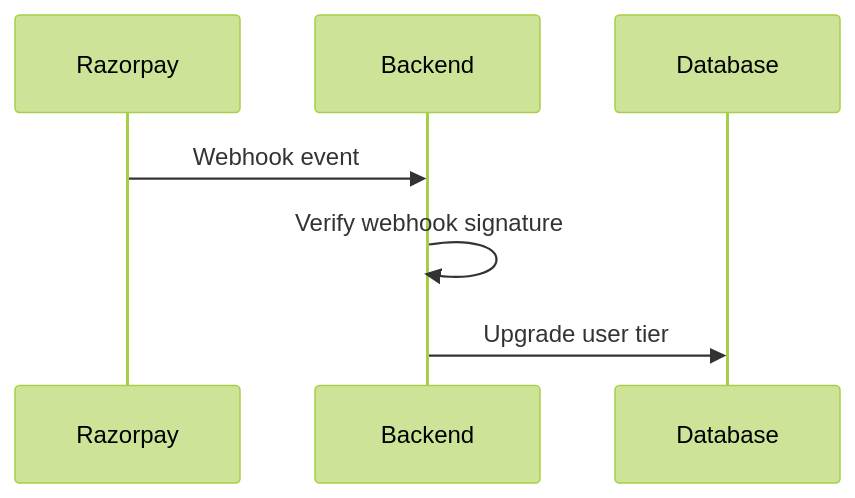
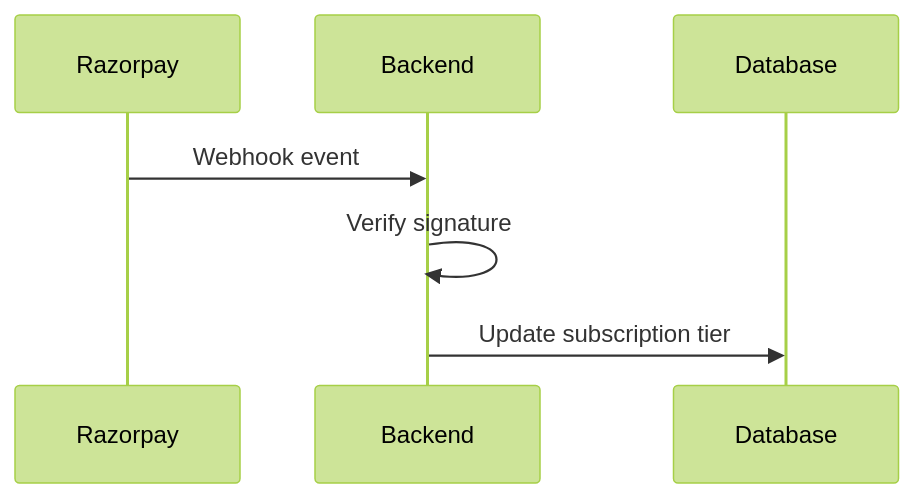
The third of 4 diagrams in README.md (ashpb07/subscription-api-drf), drawn with Mermaid (forest theme) before and after one commit. The commit also changed other lines of this file and 4 other files, not shown here.

````diff
--- a/README.md
+++ b/README.md
@@ -56,6 +60,11 @@
 ```mermaid
 sequenceDiagram
-Razorpay->>Backend: Webhook event
-Backend->>Backend: Verify webhook signature
-Backend->>Database: Upgrade user tier
+
+    participant Razorpay
+    participant Backend
+    participant Database
+
+    Razorpay->>Backend: Webhook event
+    Backend->>Backend: Verify signature
+    Backend->>Database: Update subscription tier
 ```
````
